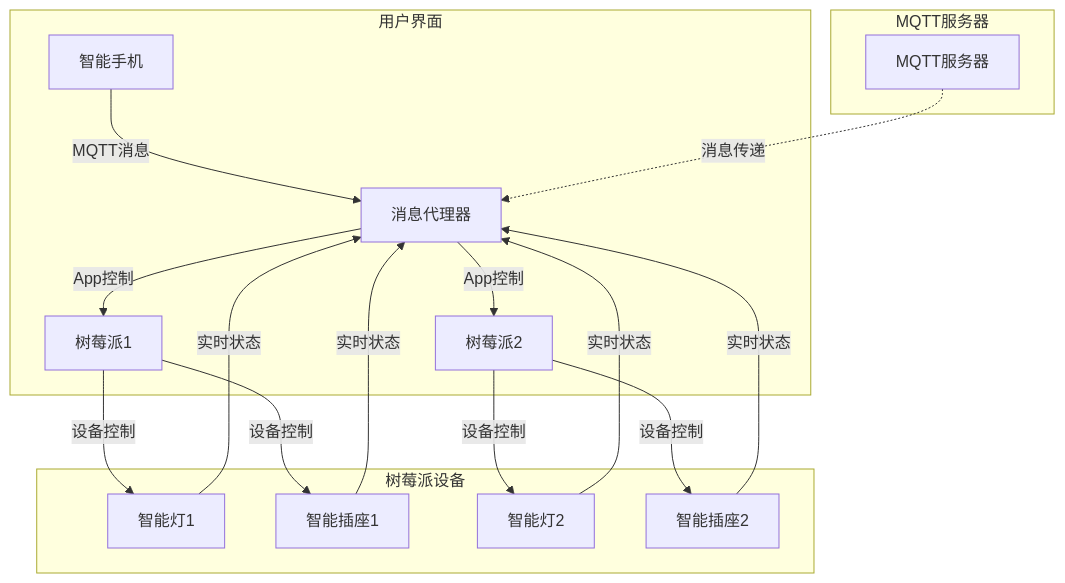
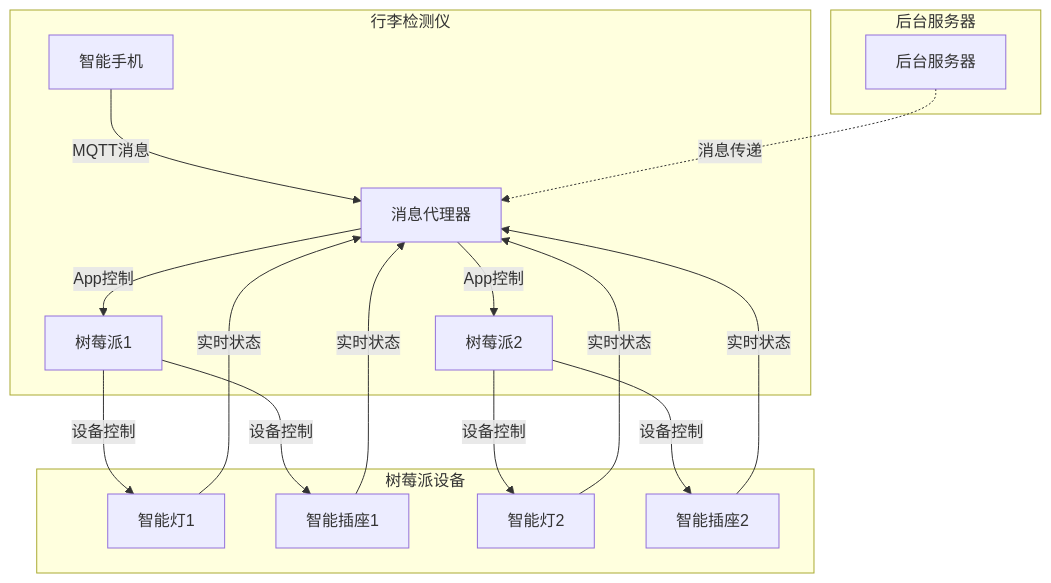
The third of 3 diagrams in gallery/baggage_measurer.md (changweihua/changweihua.github.io), drawn with Mermaid before and after one commit. The commit also changed other lines of this file and 95 other files, not shown here.

````diff
--- a/gallery/baggage_measurer.md
+++ b/gallery/baggage_measurer.md
@@ -84,21 +136,21 @@
 ```mermaid
 graph TD;
-  subgraph 用户界面
+  subgraph 行李检测仪
     A[智能手机] -->|MQTT消息| B[消息代理器]
     B -->|App控制| C[树莓派1]
     B -->|App控制| D[树莓派2]
   end
   subgraph 树莓派设备
     C -->|设备控制| E[智能灯1]
     C -->|设备控制| F[智能插座1]
     D -->|设备控制| G[智能灯2]
     D -->|设备控制| H[智能插座2]
     E -->|实时状态| B
     F -->|实时状态| B
     G -->|实时状态| B
     H -->|实时状态| B
   end
-  subgraph MQTT服务器
-    I[MQTT服务器] -.->|消息传递| B
+  subgraph 后台服务器
+    I[后台服务器] -.->|消息传递| B
   end
 ```
````
